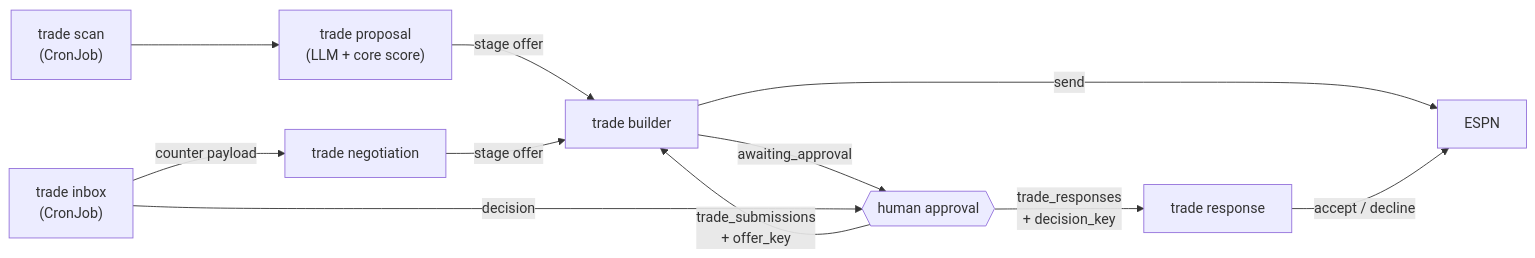
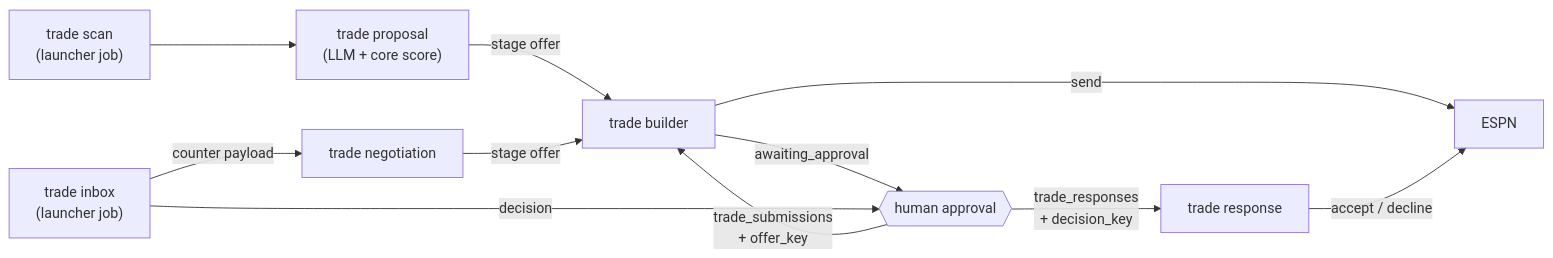
The diagram in docs/bots/index.md (cvillarr23/fantasy-browser-worker), drawn with Mermaid before and after one commit. The commit also changed other lines of this file and 4 other files, not shown here.

````diff
--- a/docs/bots/index.md
+++ b/docs/bots/index.md
@@ -31,13 +31,13 @@
 ```mermaid
 flowchart LR
-    scan["trade scan\n(CronJob)"] --> prop["trade proposal\n(LLM + core score)"]
-    inbox["trade inbox\n(CronJob)"] -->|"counter payload"| neg["trade negotiation"]
+    scan["trade scan\n(launcher job)"] --> prop["trade proposal\n(LLM + core score)"]
+    inbox["trade inbox\n(launcher job)"] -->|"counter payload"| neg["trade negotiation"]
     prop -->|"stage offer"| build["trade builder"]
     neg -->|"stage offer"| build
     build -->|"awaiting_approval"| human{{"human approval"}}
     human -->|"trade_submissions\n+ offer_key"| build
     build -->|"send"| espn["ESPN"]
     inbox -->|"decision"| human
     human -->|"trade_responses\n+ decision_key"| resp["trade response"]
     resp -->|"accept / decline"| espn
 ```
````
